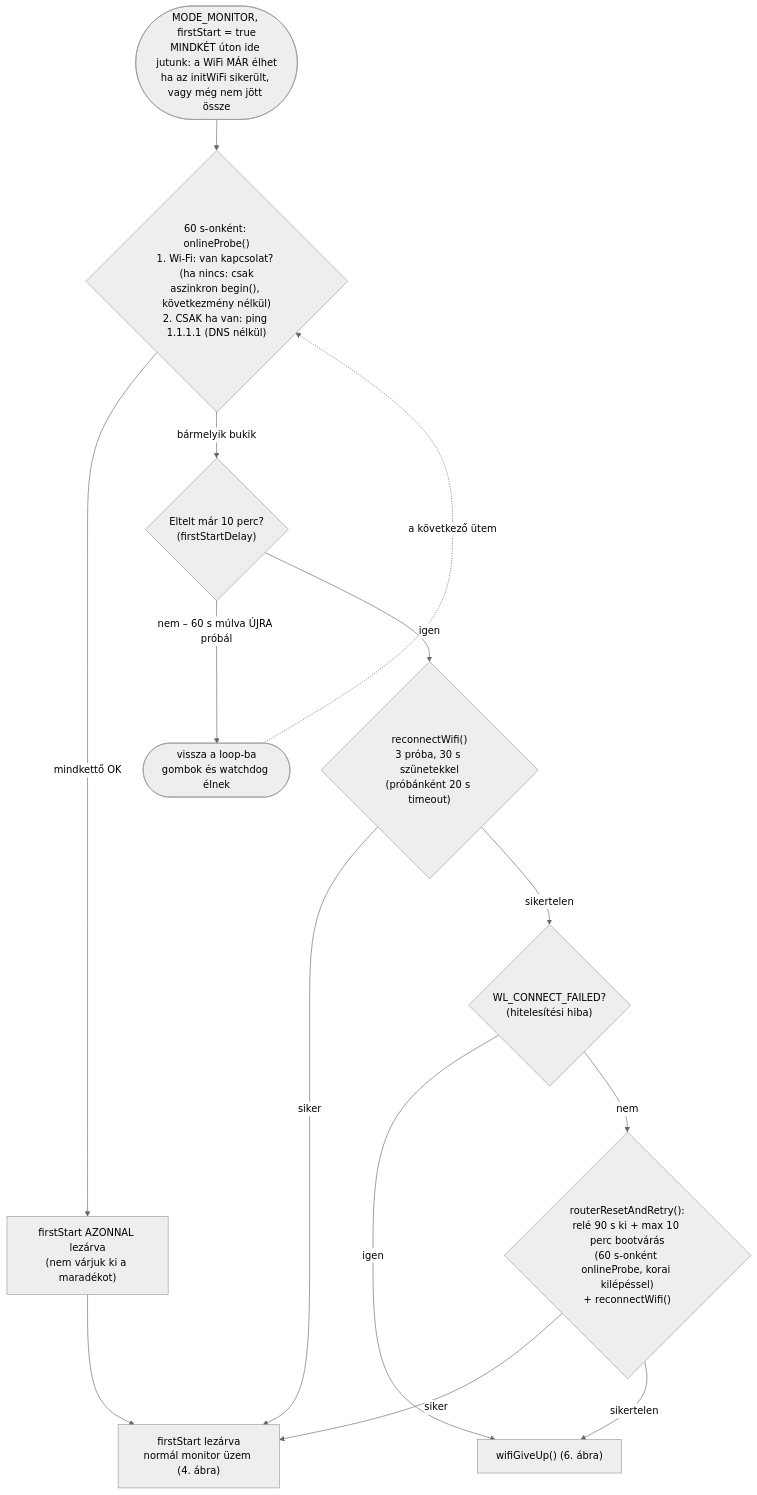
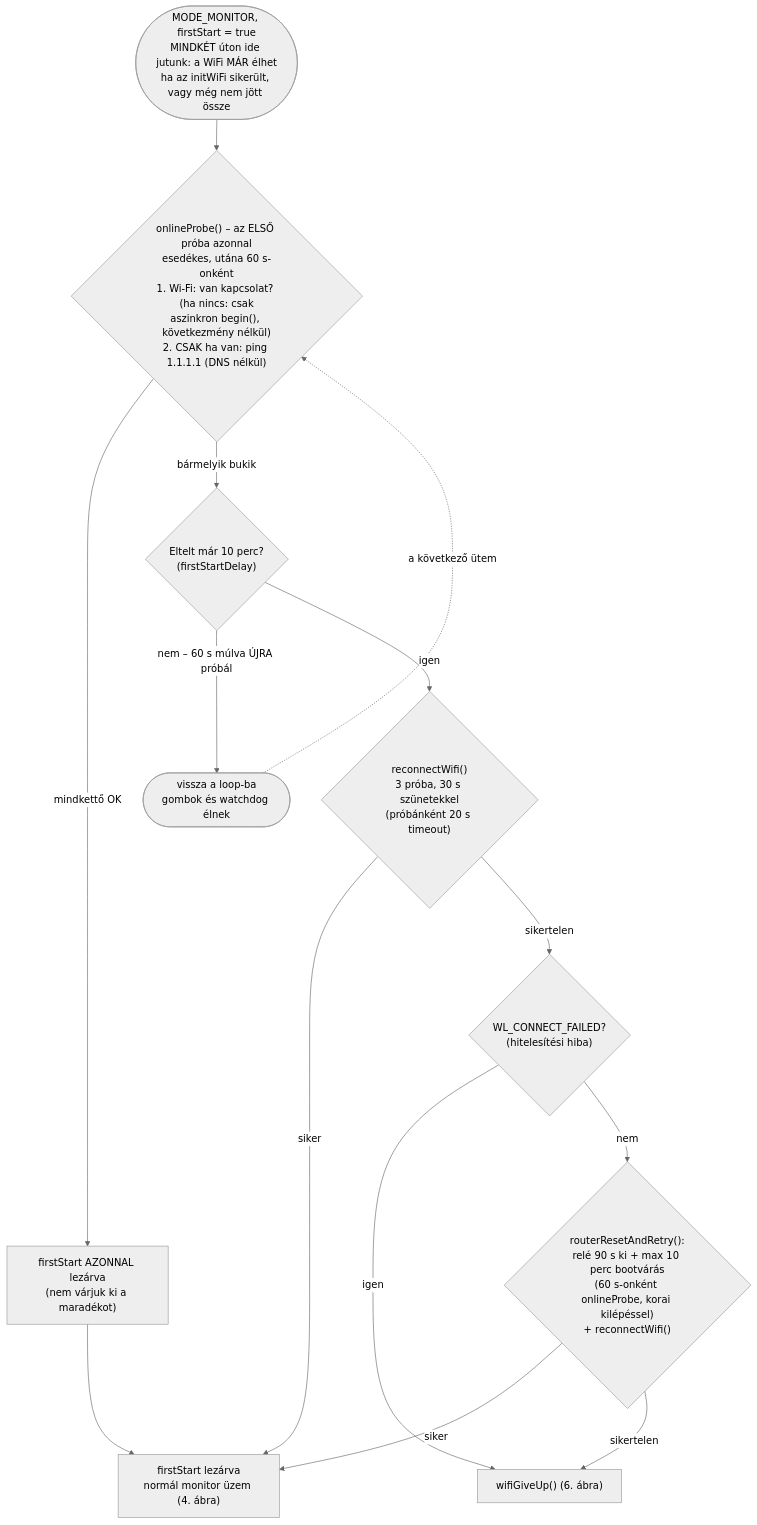
Before and after one commit to manszabi/bazsi-router-reboot: the third of 9 diagrams in FOLYAMATABRA.md, drawn with Mermaid (neutral theme). The commit also changed other lines of this file, not shown here.

````diff
--- a/FOLYAMATABRA.md
+++ b/FOLYAMATABRA.md
@@ -93,16 +101,16 @@
 ```mermaid
 flowchart TD
-    IN([MODE_MONITOR, firstStart = true<br>MINDKÉT úton ide jutunk: a WiFi MÁR élhet<br>ha az initWiFi sikerült, vagy még nem jött össze]) --> PRB{"60 s-onként: onlineProbe()<br>1. Wi-Fi: van kapcsolat? (ha nincs: csak<br>aszinkron begin(), következmény nélkül)<br>2. CSAK ha van: ping 1.1.1.1 (DNS nélkül)"}
+    IN([MODE_MONITOR, firstStart = true<br>MINDKÉT úton ide jutunk: a WiFi MÁR élhet<br>ha az initWiFi sikerült, vagy még nem jött össze]) --> PRB{"onlineProbe() – az ELSŐ próba azonnal<br>esedékes, utána 60 s-onként<br>1. Wi-Fi: van kapcsolat? (ha nincs: csak<br>aszinkron begin(), következmény nélkül)<br>2. CSAK ha van: ping 1.1.1.1 (DNS nélkül)"}
     PRB -->|"mindkettő OK"| EARLY["firstStart AZONNAL lezárva<br>(nem várjuk ki a maradékot)"]
     EARLY --> DONE
     PRB -->|"bármelyik bukik"| WAIT{"Eltelt már 10 perc?<br>(firstStartDelay)"}
     WAIT -->|"nem – 60 s múlva ÚJRA próbál"| BACK([vissza a loop-ba<br>gombok és watchdog élnek])
     BACK -.->|"a következő ütem"| PRB
     WAIT -->|igen| REC{"reconnectWifi()<br>3 próba, 30 s szünetekkel<br>(próbánként 20 s timeout)"}
     REC -->|siker| DONE["firstStart lezárva<br>normál monitor üzem (4. ábra)"]
     REC -->|sikertelen| AUTH{"WL_CONNECT_FAILED?<br>(hitelesítési hiba)"}
     AUTH -->|igen| GU["wifiGiveUp() (6. ábra)"]
     AUTH -->|nem| RST{"routerResetAndRetry():<br>relé 90 s ki + max 10 perc bootvárás<br>(60 s-onként onlineProbe, korai kilépéssel)<br>+ reconnectWifi()"}
     RST -->|siker| DONE
     RST -->|sikertelen| GU
 ```
````
